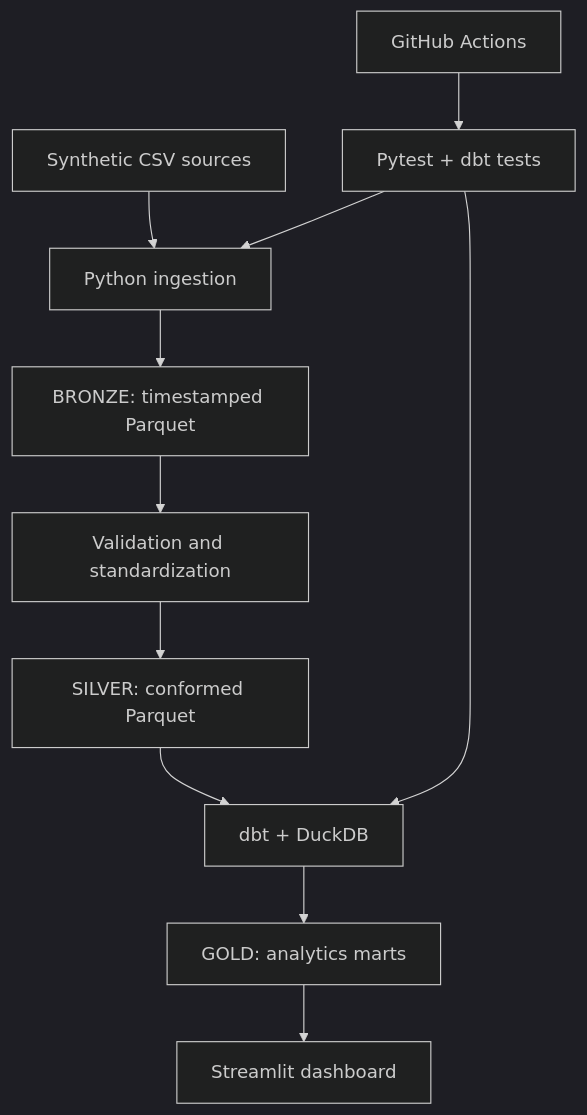
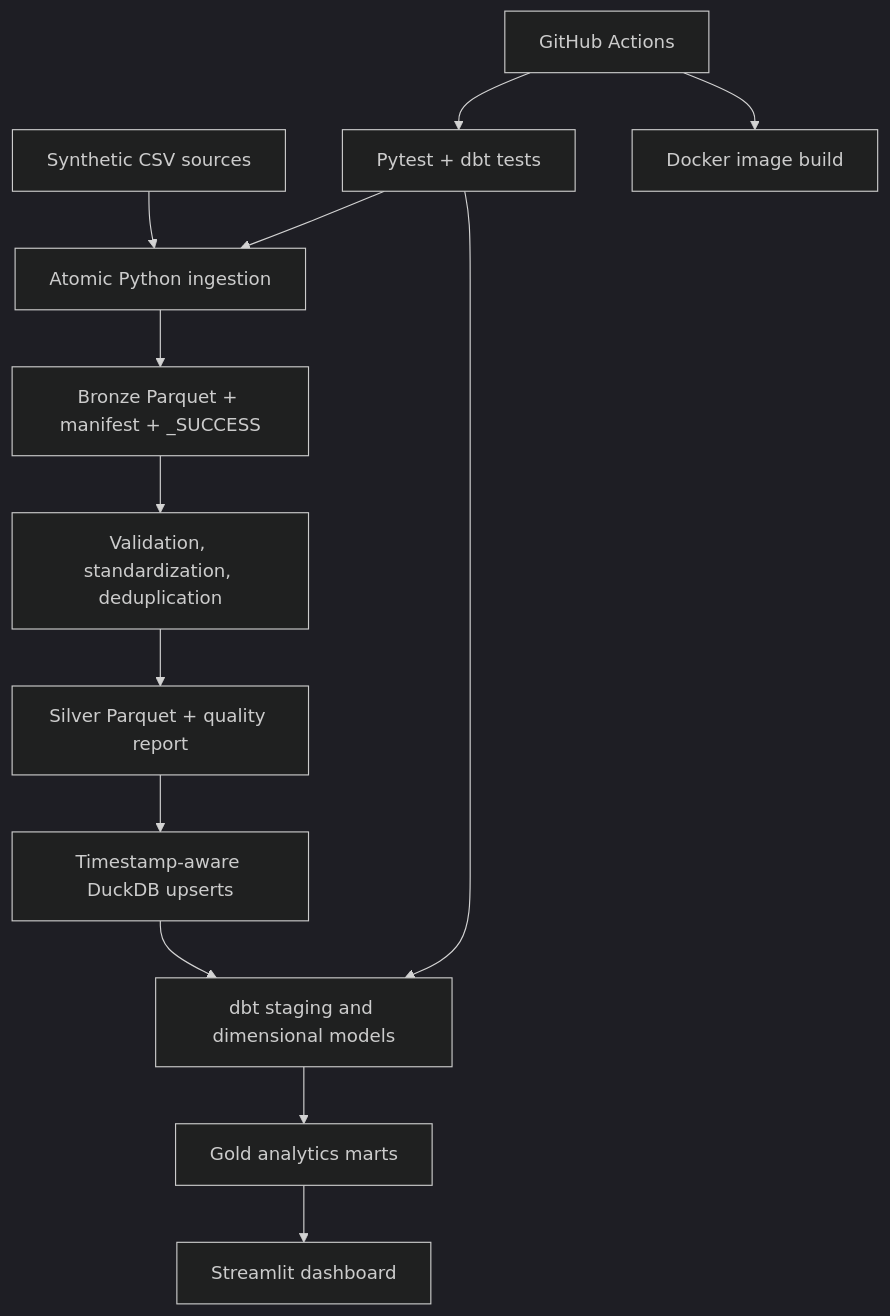
Before and after one commit to ceugenia/clinical-data-engineering-platform: the diagram in README.md, drawn with Mermaid (dark theme). The commit also changed other lines of this file and 29 other files, not shown here.

````diff
--- a/README.md
+++ b/README.md
@@ -9,13 +9,15 @@
 ```mermaid
 flowchart TD
- A[Synthetic CSV sources] --> B[Python ingestion]
- B --> C[BRONZE: timestamped Parquet]
- C --> D[Validation and standardization]
- D --> E[SILVER: conformed Parquet]
- E --> F[dbt + DuckDB]
- F --> G[GOLD: analytics marts]
- G --> H[Streamlit dashboard]
- I[Pytest + dbt tests] --> B
- I --> F
- J[GitHub Actions] --> I
+    A[Synthetic CSV sources] --> B[Atomic Python ingestion]
+    B --> C[Bronze Parquet + manifest + _SUCCESS]
+    C --> D[Validation, standardization, deduplication]
+    D --> E[Silver Parquet + quality report]
+    E --> F[Timestamp-aware DuckDB upserts]
+    F --> G[dbt staging and dimensional models]
+    G --> H[Gold analytics marts]
+    H --> I[Streamlit dashboard]
+    J[Pytest + dbt tests] --> B
+    J --> G
+    K[GitHub Actions] --> J
+    K --> L[Docker image build]
 ```
````
